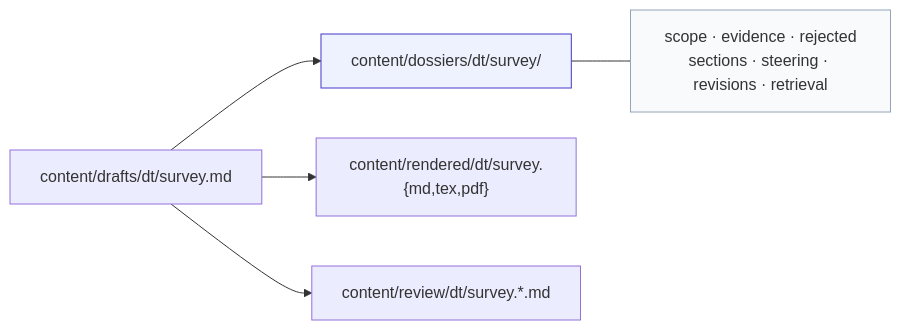
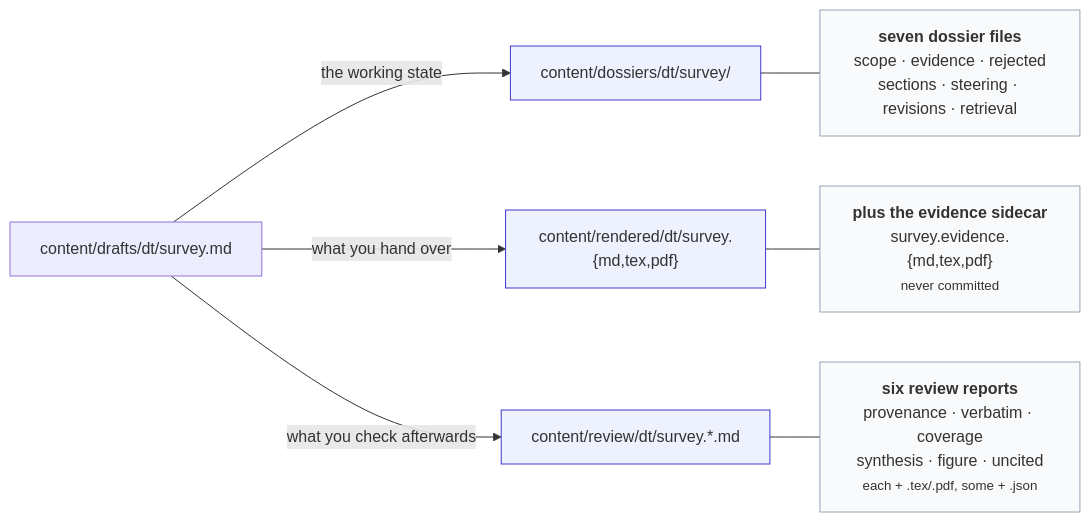
The third of 3 diagrams in docs/FEATURES.md (prasadtalasila/chitragupta), drawn with Mermaid before and after one commit. The commit also changed other lines of this file and 11 other files, not shown here.

````diff
--- a/docs/FEATURES.md
+++ b/docs/FEATURES.md
@@ -189,16 +189,22 @@
 ```mermaid
 flowchart LR
   DR["content/drafts/dt/survey.md"]
   DO["content/dossiers/dt/survey/"]
   RE["content/rendered/dt/survey.{md,tex,pdf}"]
   RV["content/review/dt/survey.*.md"]
 
-  DR --> DO
-  DR --> RE
-  DR --> RV
+  DR -->|"the working state"| DO
+  DR -->|"what you hand over"| RE
+  DR -->|"what you check afterwards"| RV
 
-  DO --- N["scope · evidence · rejected<br/>sections · steering · revisions · retrieval"]
+  DO --- N["<b>seven dossier files</b><br/>scope · evidence · rejected<br/>sections · steering · revisions · retrieval"]
+  RE --- M["<b>plus the evidence sidecar</b><br/>survey.evidence.{md,tex,pdf}<br/><small>never committed</small>"]
+  RV --- P["<b>six review reports</b><br/>provenance · verbatim · coverage<br/>synthesis · figure · uncited<br/><small>each + .tex/.pdf, some + .json</small>"]
 
   style DO fill:#eef2ff,stroke:#4338ca
+  style RE fill:#eef2ff,stroke:#4338ca
+  style RV fill:#eef2ff,stroke:#4338ca
   style N fill:#f8fafc,stroke:#94a3b8
+  style M fill:#f8fafc,stroke:#94a3b8
+  style P fill:#f8fafc,stroke:#94a3b8
 ```
````
